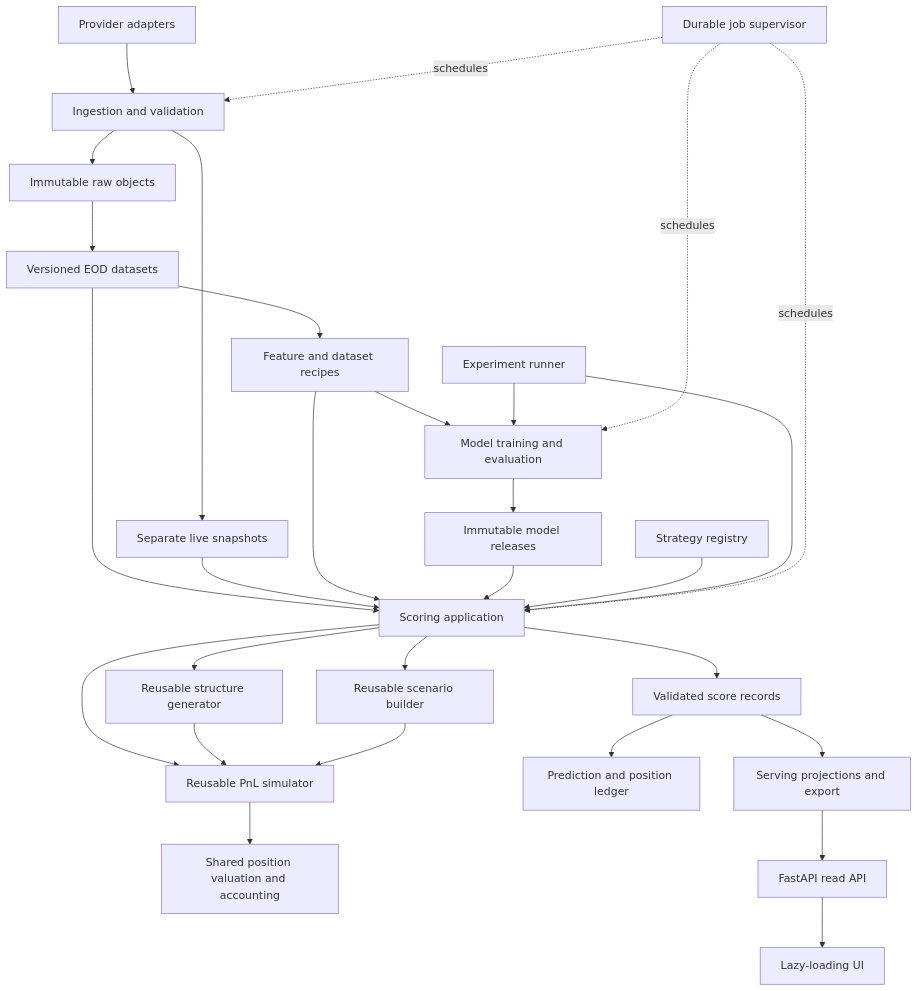
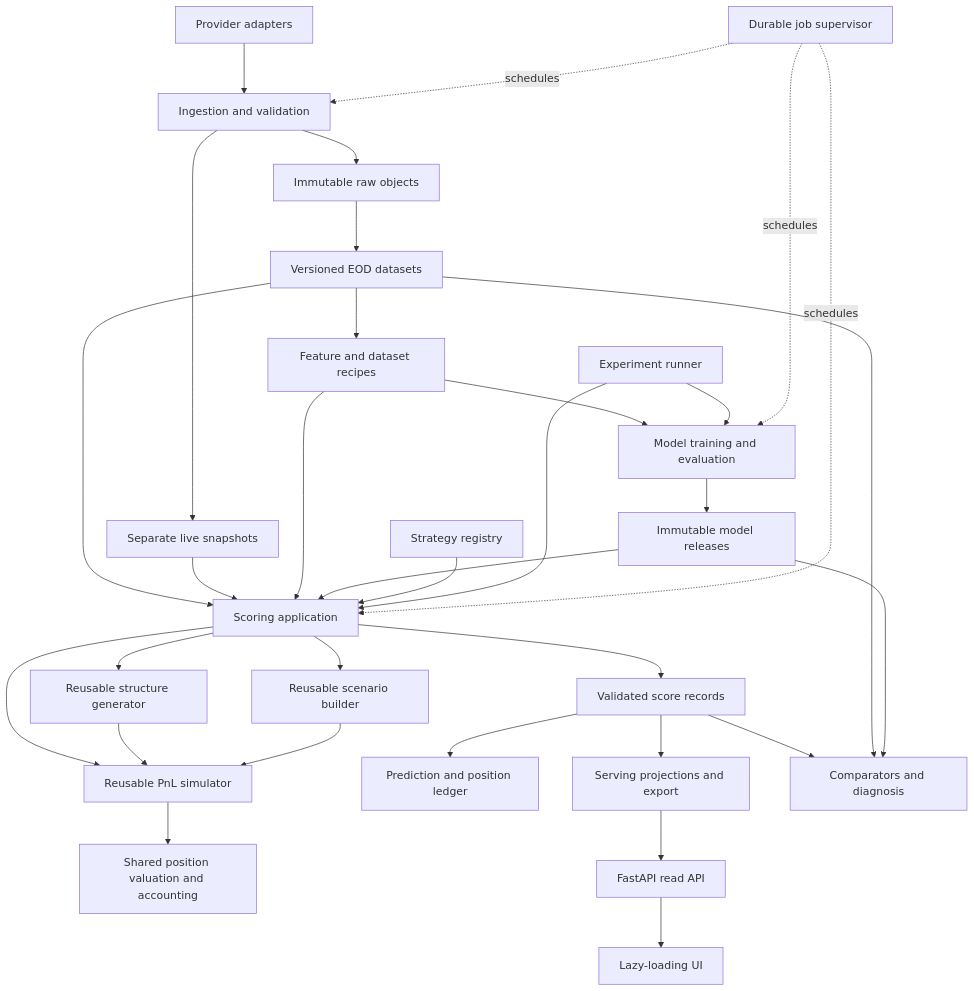
Before and after one commit to yshewchuk/investment-validation: the diagram in guides/system_rearchitecture.md, drawn with Mermaid. The commit also changed other lines of this file and 3 other files, not shown here.

First line of the commit message:
Give the architecture a shape a change can be reasoned about inside

````diff
--- a/guides/system_rearchitecture.md
+++ b/guides/system_rearchitecture.md
@@ -157,31 +182,34 @@
 ```mermaid
 flowchart TD
     V[Provider adapters] --> I[Ingestion and validation]
     I --> R[Immutable raw objects]
     R --> D[Versioned EOD datasets]
     I --> L[Separate live snapshots]
     D --> F[Feature and dataset recipes]
     F --> T[Model training and evaluation]
     T --> M[Immutable model releases]
     D --> S[Scoring application]
     L --> S
     F --> S
     M --> S
     G[Strategy registry] --> S
     S --> SG[Reusable structure generator]
     S --> SB[Reusable scenario builder]
     S --> PS[Reusable PnL simulator]
     SG --> PS
     SB --> PS
     PS --> PV[Shared position valuation and accounting]
     X[Experiment runner] --> S
     X --> T
     S --> C[Validated score records]
     C --> B[Prediction and position ledger]
     C --> P[Serving projections and export]
     P --> A[FastAPI read API]
     A --> U[Lazy-loading UI]
+    C --> CMP[Comparators and diagnosis]
+    D --> CMP
+    M --> CMP
     J[Durable job supervisor] -. schedules .-> I
     J -. schedules .-> T
     J -. schedules .-> S
 ```
````
